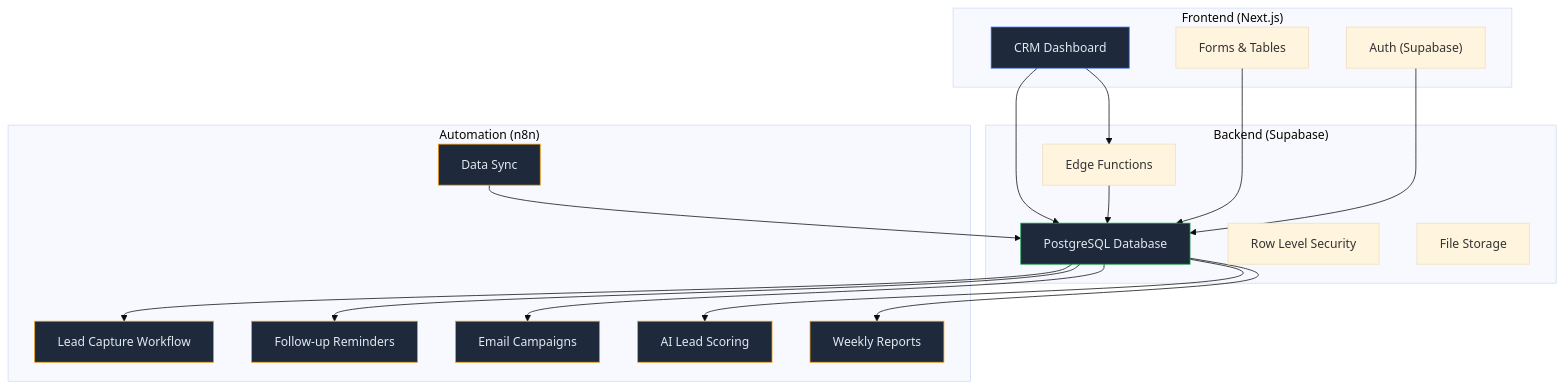
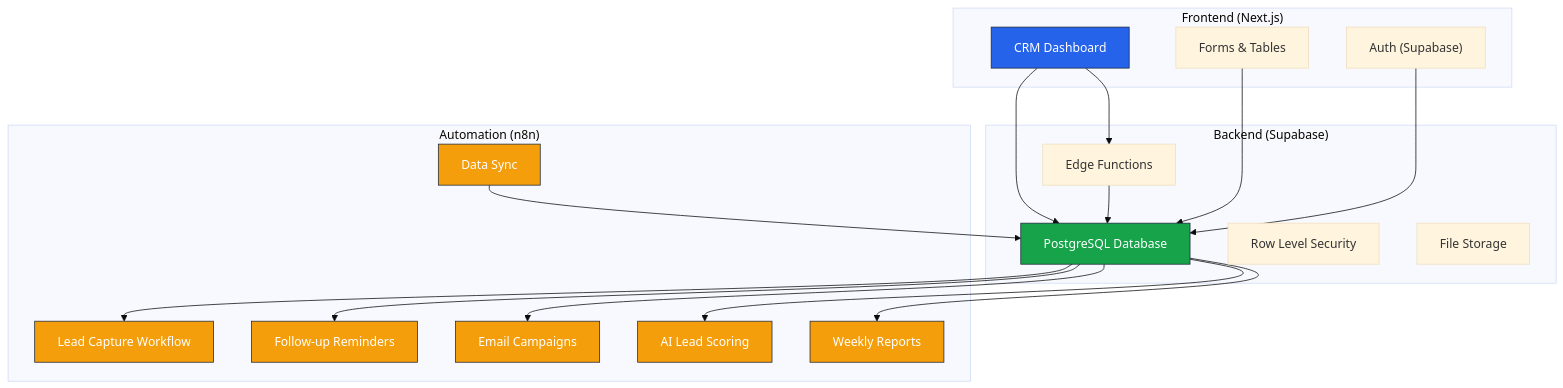
The first of 11 diagrams in Labs/014-FinalProjectCRM/README.md (nirgeier/ElconLab), drawn with Mermaid (base theme) before and after one commit. The commit also changed other lines of this file and 84 other files, not shown here.

````diff
--- a/Labs/014-FinalProjectCRM/README.md
+++ b/Labs/014-FinalProjectCRM/README.md
@@ -13,45 +13,45 @@
 ```mermaid
 graph TB
-    subgraph "Frontend (Next.js)"
+    subgraph FE["Frontend (Next.js)"]
         UI["CRM Dashboard"]
         FORMS["Forms & Tables"]
         AUTH["Auth (Supabase)"]
     end
 
-    subgraph "Backend (Supabase)"
+    subgraph BE["Backend (Supabase)"]
         DB["PostgreSQL Database"]
         EDGE["Edge Functions"]
         RLS["Row Level Security"]
         STORAGE["File Storage"]
     end
 
-    subgraph "Automation (n8n)"
+    subgraph AUTO["Automation (n8n)"]
         WF1["Lead Capture Workflow"]
         WF2["Follow-up Reminders"]
         WF3["Email Campaigns"]
         WF4["AI Lead Scoring"]
         WF5["Weekly Reports"]
         WF6["Data Sync"]
     end
 
     UI --> DB
     UI --> EDGE
     FORMS --> DB
     AUTH --> DB
     EDGE --> DB
     DB --> WF1
     DB --> WF2
     DB --> WF3
     DB --> WF4
     DB --> WF5
     WF6 --> DB
 
-    style UI fill:#1e293b,stroke:#2563eb,color:#e2e8f0
-    style DB fill:#1e293b,stroke:#16a34a,color:#e2e8f0
-    style WF1 fill:#1e293b,stroke:#f59e0b,color:#e2e8f0
-    style WF2 fill:#1e293b,stroke:#f59e0b,color:#e2e8f0
-    style WF3 fill:#1e293b,stroke:#f59e0b,color:#e2e8f0
-    style WF4 fill:#1e293b,stroke:#f59e0b,color:#e2e8f0
-    style WF5 fill:#1e293b,stroke:#f59e0b,color:#e2e8f0
-    style WF6 fill:#1e293b,stroke:#f59e0b,color:#e2e8f0
+    style UI fill:#2563eb,stroke:#1e293b,color:#fff
+    style DB fill:#16a34a,stroke:#1e293b,color:#fff
+    style WF1 fill:#f59e0b,stroke:#1e293b,color:#fff
+    style WF2 fill:#f59e0b,stroke:#1e293b,color:#fff
+    style WF3 fill:#f59e0b,stroke:#1e293b,color:#fff
+    style WF4 fill:#f59e0b,stroke:#1e293b,color:#fff
+    style WF5 fill:#f59e0b,stroke:#1e293b,color:#fff
+    style WF6 fill:#f59e0b,stroke:#1e293b,color:#fff
 ```
````
